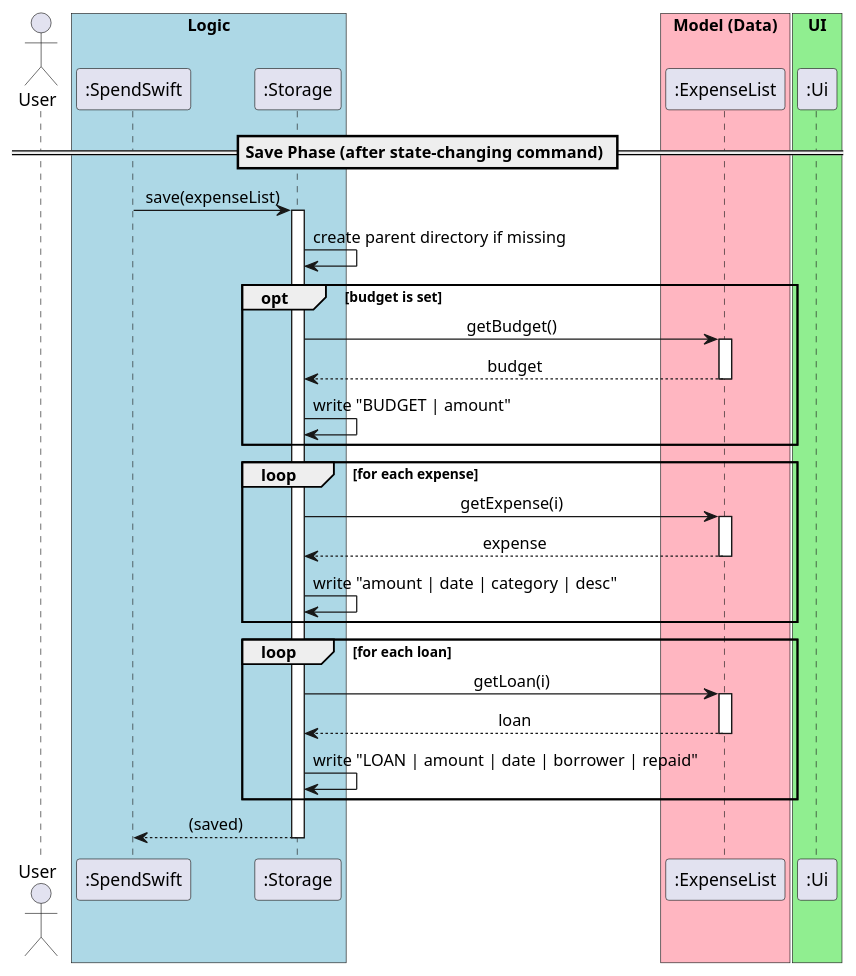
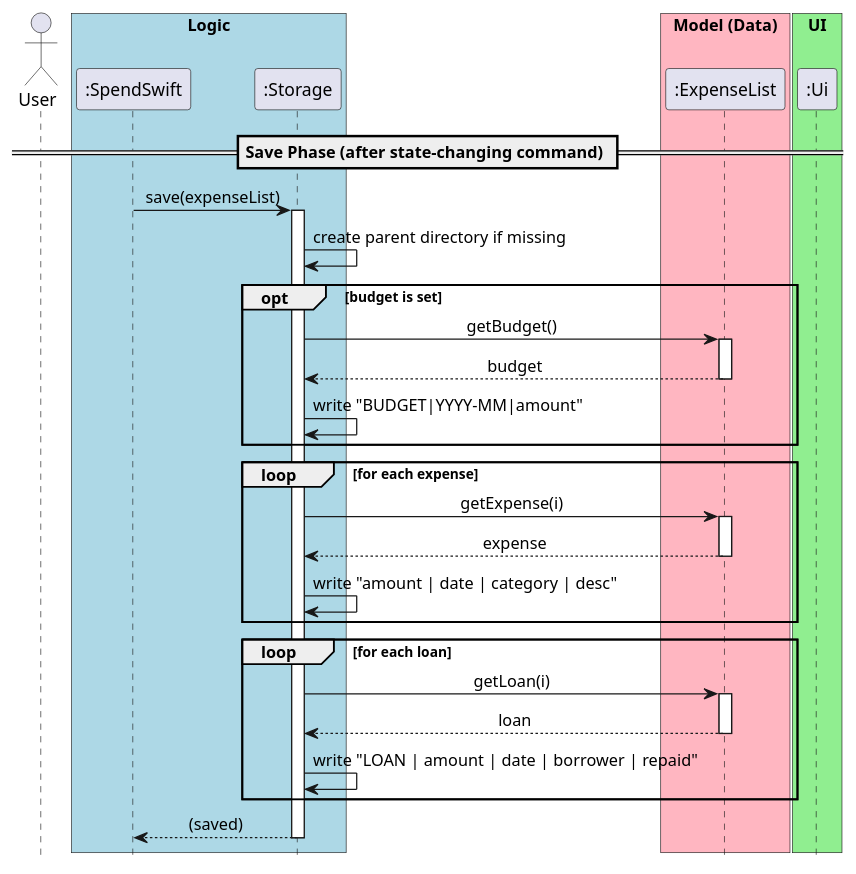
Before and after one commit to AnnikaGarg/tp: the diagram in docs/diagrams/StorageSaveSequenceDiagram.puml, drawn with PlantUML. The commit also changed 17 other files, not shown here.

Commit message:
Fixed bugs in help command and formatted DG diagrams for uniformity

```diff
--- a/docs/diagrams/StorageSaveSequenceDiagram.puml
+++ b/docs/diagrams/StorageSaveSequenceDiagram.puml
@@ -1,54 +1,56 @@
 @startuml
+hide footbox
+
 skinparam backgroundColor white
 skinparam sequenceMessageAlign center
 
 actor User
 
 box "Logic" #LightBlue
     participant ":SpendSwift" as SpendSwift
     participant ":Storage" as Storage
 end box
 
 box "Model (Data)" #LightPink
     participant ":ExpenseList" as ExpenseList
 end box
 
 box "UI" #LightGreen
     participant ":Ui" as Ui
 end box
 
 == Save Phase (after state-changing command) ==
 
 SpendSwift -> Storage : save(expenseList)
 activate Storage
 
 Storage -> Storage : create parent directory if missing
 
 opt budget is set
     Storage -> ExpenseList : getBudget()
     activate ExpenseList
     ExpenseList --> Storage : budget
     deactivate ExpenseList
-    Storage -> Storage : write "BUDGET | amount"
+    Storage -> Storage : write "BUDGET|YYYY-MM|amount"
 end
 
 loop for each expense
     Storage -> ExpenseList : getExpense(i)
     activate ExpenseList
     ExpenseList --> Storage : expense
     deactivate ExpenseList
     Storage -> Storage : write "amount | date | category | desc"
 end
 
 loop for each loan
     Storage -> ExpenseList : getLoan(i)
     activate ExpenseList
     ExpenseList --> Storage : loan
     deactivate ExpenseList
     Storage -> Storage : write "LOAN | amount | date | borrower | repaid"
 end
 
 Storage --> SpendSwift : (saved)
 deactivate Storage
 
 @enduml
```
